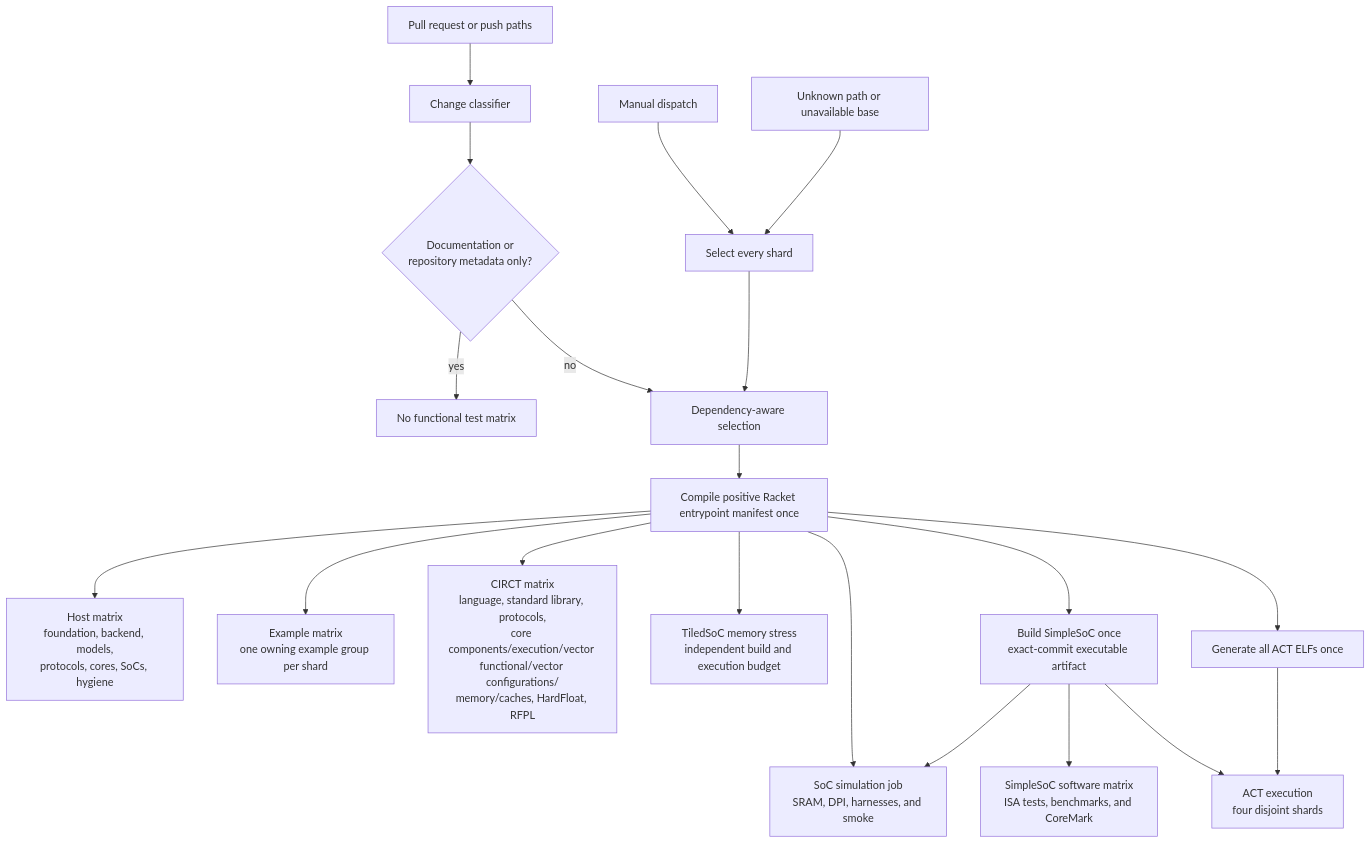
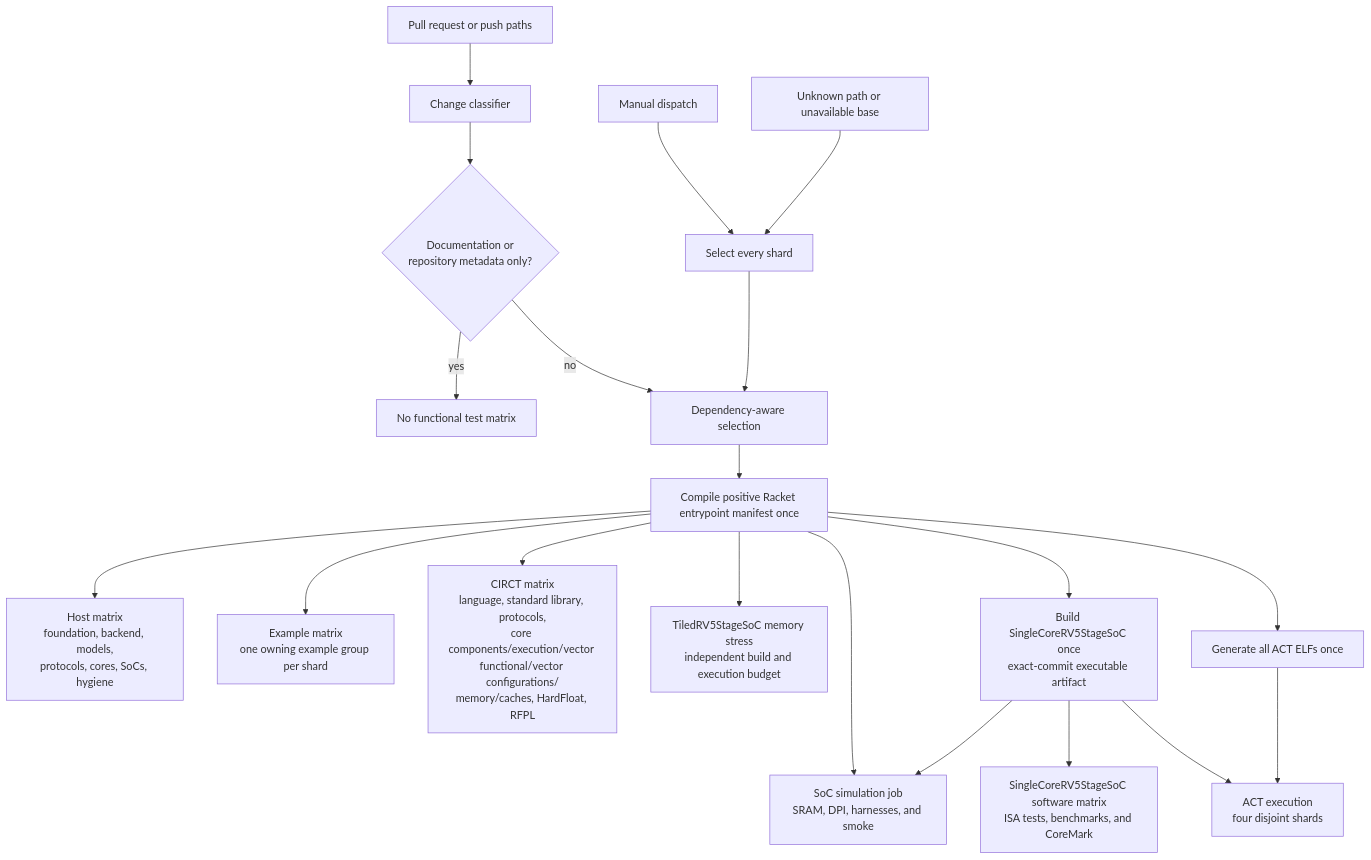
One commit to jerryz123/rhodium changed the diagram in tools/testing/DEVELOPING.md. Above: the diagram before and after it, drawn with Mermaid. The commit also changed other lines of this file and 97 other files, not shown here.

````diff
--- a/tools/testing/DEVELOPING.md
+++ b/tools/testing/DEVELOPING.md
@@ -76,22 +76,22 @@
 ```mermaid
 flowchart TD
     Changes["Pull request or push paths"] --> Classifier["Change classifier"]
     Manual["Manual dispatch"] --> All["Select every shard"]
     Unknown["Unknown path or unavailable base"] --> All
     Classifier --> Docs{"Documentation or<br/>repository metadata only?"}
     Docs -->|yes| None["No functional test matrix"]
     Docs -->|no| Selected["Dependency-aware selection"]
     All --> Selected
     Selected --> Compile["Compile positive Racket entrypoint manifest once"]
     Compile --> Host["Host matrix<br/>foundation, backend, models,<br/>protocols, cores, SoCs, hygiene"]
     Compile --> Examples["Example matrix<br/>one owning example group per shard"]
     Compile --> CIRCT["CIRCT matrix<br/>language, standard library, protocols,<br/>core components/execution/vector functional/vector configurations/<br/>memory/caches, HardFloat, RFPL"]
     Compile --> Simulation["SoC simulation job<br/>SRAM, DPI, harnesses, and smoke"]
-    Compile --> TiledMemory["TiledSoC memory stress<br/>independent build and execution budget"]
-    Compile --> SimpleBuild["Build SimpleSoC once<br/>exact-commit executable artifact"]
+    Compile --> TiledMemory["TiledRV5StageSoC memory stress<br/>independent build and execution budget"]
+    Compile --> SimpleBuild["Build SingleCoreRV5StageSoC once<br/>exact-commit executable artifact"]
     SimpleBuild --> Simulation
-    SimpleBuild --> Programs["SimpleSoC software matrix<br/>ISA tests, benchmarks, and CoreMark"]
+    SimpleBuild --> Programs["SingleCoreRV5StageSoC software matrix<br/>ISA tests, benchmarks, and CoreMark"]
     Compile --> ActBuild["Generate all ACT ELFs once"]
     SimpleBuild --> ActRun["ACT execution<br/>four disjoint shards"]
     ActBuild --> ActRun
 ```
````
